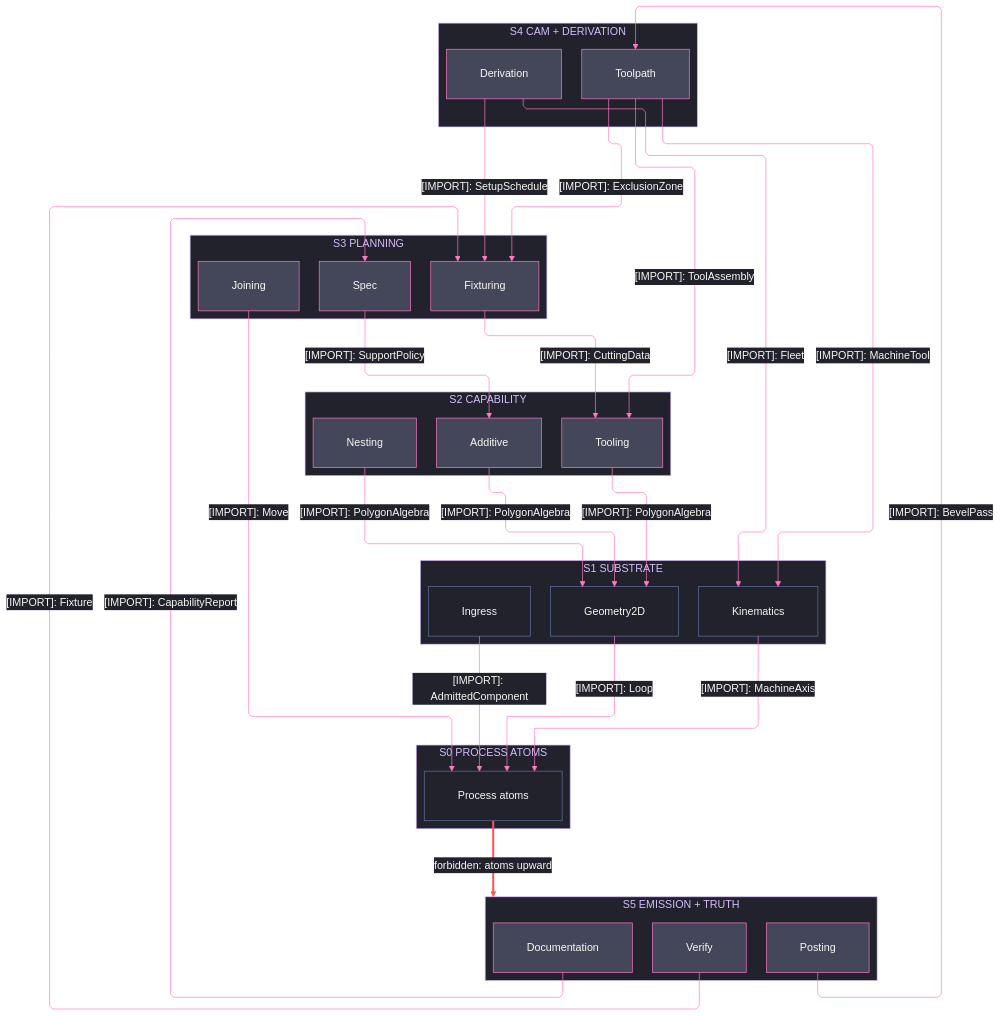
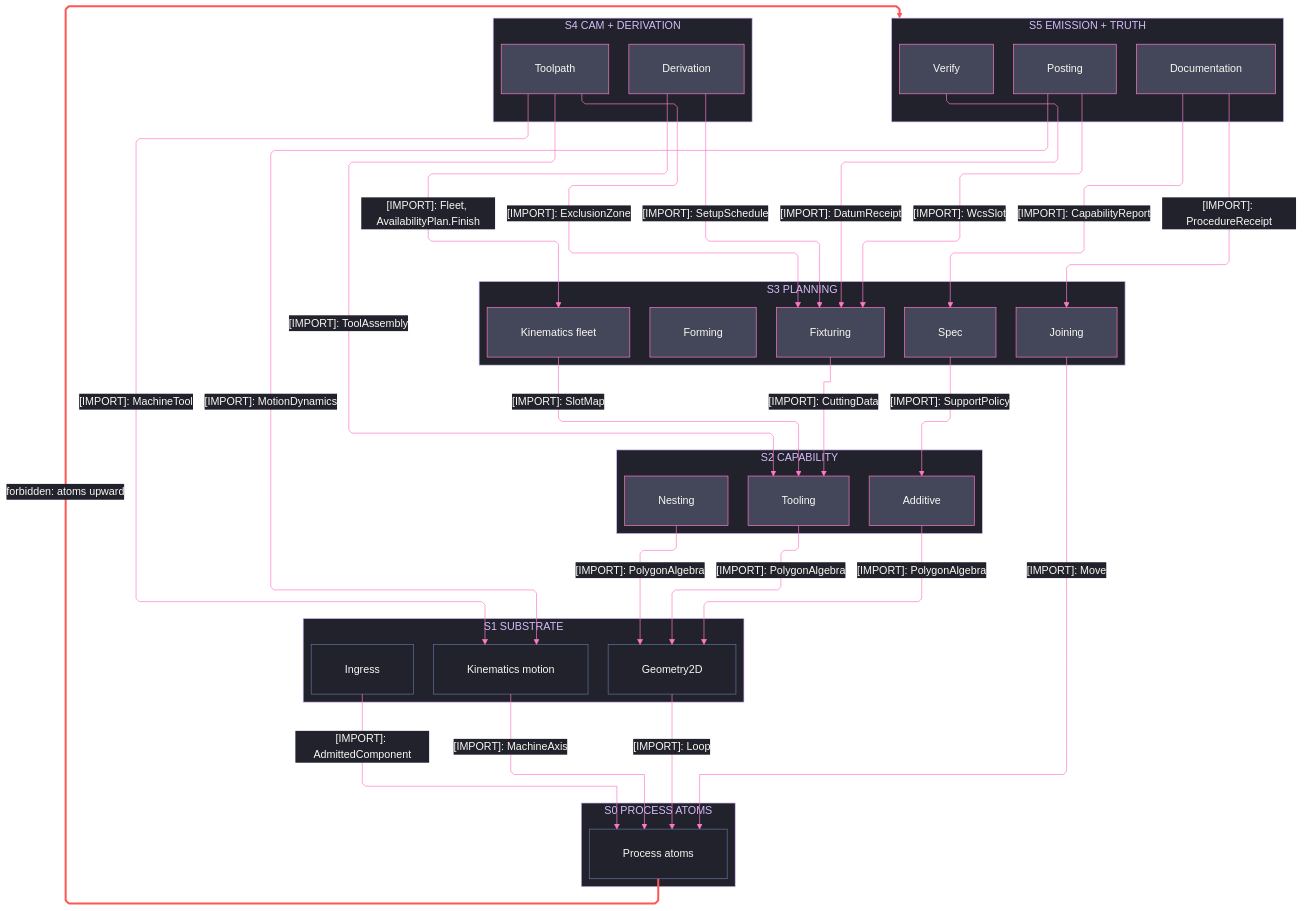
The first of 3 diagrams in libs/csharp/Rasm.Fabrication/ARCHITECTURE.md (bsamiee/Rasm), drawn with Mermaid before and after one commit. The commit also changed other lines of this file and 67 other files, not shown here.

````diff
--- a/libs/csharp/Rasm.Fabrication/ARCHITECTURE.md
+++ b/libs/csharp/Rasm.Fabrication/ARCHITECTURE.md
@@ -136,8 +138,10 @@
     end
     subgraph L3["S3 PLANNING"]
         Fixturing[Fixturing]
+        Forming[Forming]
         Joining[Joining]
         Spec[Spec]
+        Fleet[Kinematics fleet]
     end
     subgraph L2["S2 CAPABILITY"]
         Tooling[Tooling]
@@ -147,19 +151,18 @@
     subgraph L1["S1 SUBSTRATE"]
         Geometry2D[Geometry2D]
         Ingress[Ingress]
-        Kinematics[Kinematics]
+        Motion[Kinematics motion]
     end
     subgraph L0["S0 PROCESS ATOMS"]
         Atoms[Process atoms]
     end
-    Posting e1@-->|"[IMPORT]: BevelPass"| Toolpath
-    Verify e2@-->|"[IMPORT]: Fixture"| Fixturing
+    Verify e2@-->|"[IMPORT]: DatumReceipt"| Fixturing
     Documentation e3@-->|"[IMPORT]: CapabilityReport"| Spec
     Toolpath e4@-->|"[IMPORT]: ToolAssembly"| Tooling
-    Toolpath e5@-->|"[IMPORT]: MachineTool"| Kinematics
+    Toolpath e5@-->|"[IMPORT]: MachineTool"| Motion
     Toolpath e6@-->|"[IMPORT]: ExclusionZone"| Fixturing
     Derivation e7@-->|"[IMPORT]: SetupSchedule"| Fixturing
-    Derivation e8@-->|"[IMPORT]: Fleet"| Kinematics
+    Derivation e8@-->|"[IMPORT]: Fleet, AvailabilityPlan.Finish"| Fleet
     Fixturing e9@-->|"[IMPORT]: CuttingData"| Tooling
     Spec e10@-->|"[IMPORT]: SupportPolicy"| Additive
     Joining e11@-->|"[IMPORT]: Move"| Atoms
@@ -168,14 +171,18 @@
     Additive e14@-->|"[IMPORT]: PolygonAlgebra"| Geometry2D
     Geometry2D e15@-->|"[IMPORT]: Loop"| Atoms
     Ingress e16@-->|"[IMPORT]: AdmittedComponent"| Atoms
-    Kinematics e17@-->|"[IMPORT]: MachineAxis"| Atoms
+    Motion e17@-->|"[IMPORT]: MachineAxis"| Atoms
+    Fleet e18@-->|"[IMPORT]: SlotMap"| Tooling
+    Documentation e22@-->|"[IMPORT]: ProcedureReceipt"| Joining
+    Posting e23@-->|"[IMPORT]: WcsSlot"| Fixturing
+    Posting e24@-->|"[IMPORT]: MotionDynamics"| Motion
     Atoms f1@-->|"forbidden: atoms upward"| L5
     classDef primary fill:#44475A,stroke:#FF79C6,color:#F8F8F2
     classDef recessed fill:#21222C,stroke:#6272A4,color:#F8F8F2
     classDef edgeControl stroke:#FF79C6,color:#F8F8F2
     classDef edgeError stroke:#FF5555,stroke-width:3px,color:#F8F8F2
-    class Posting,Verify,Documentation,Toolpath,Derivation,Fixturing,Joining,Spec,Tooling,Nesting,Additive primary
-    class Geometry2D,Ingress,Kinematics,Atoms recessed
-    class e1,e2,e3,e4,e5,e6,e7,e8,e9,e10,e11,e12,e13,e14,e15,e16,e17 edgeControl
+    class Posting,Verify,Documentation,Toolpath,Derivation,Fixturing,Forming,Joining,Spec,Fleet,Tooling,Nesting,Additive primary
+    class Geometry2D,Ingress,Motion,Atoms recessed
+    class e2,e3,e4,e5,e6,e7,e8,e9,e10,e11,e12,e13,e14,e15,e16,e17,e18,e22,e23,e24 edgeControl
     class f1 edgeError
 ```
````
